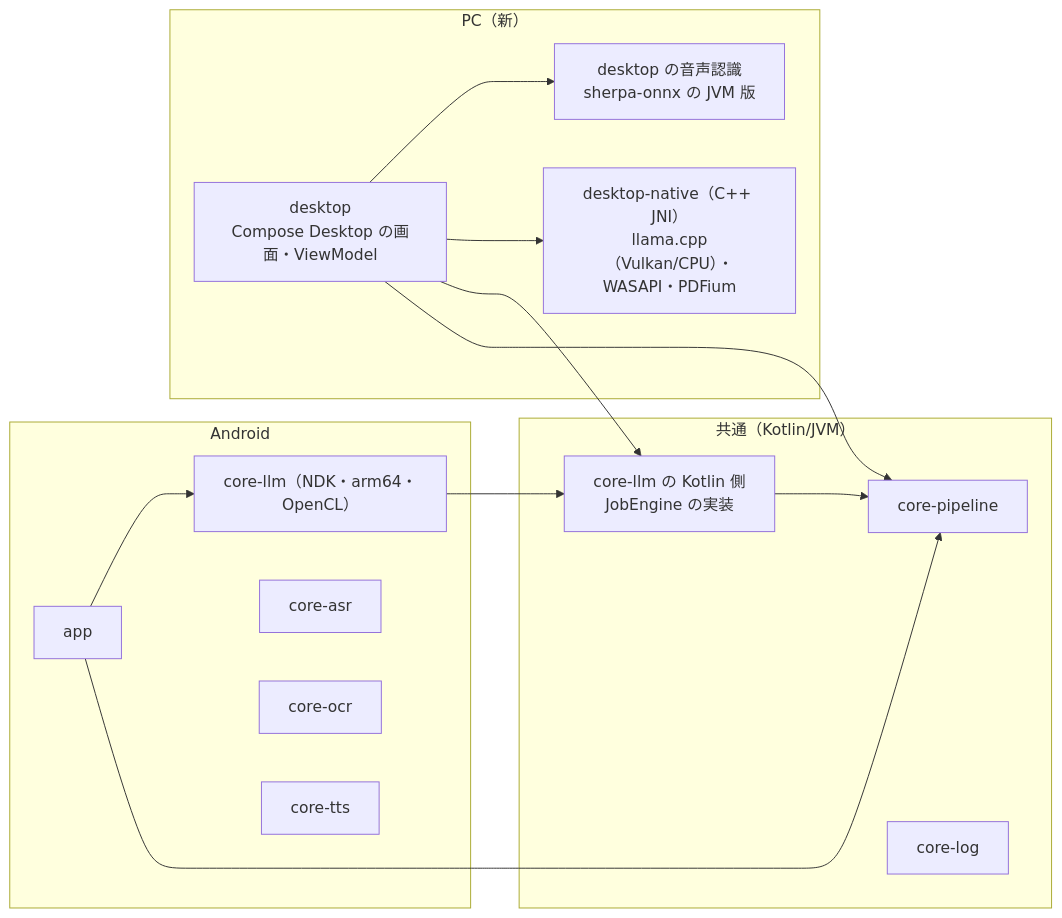
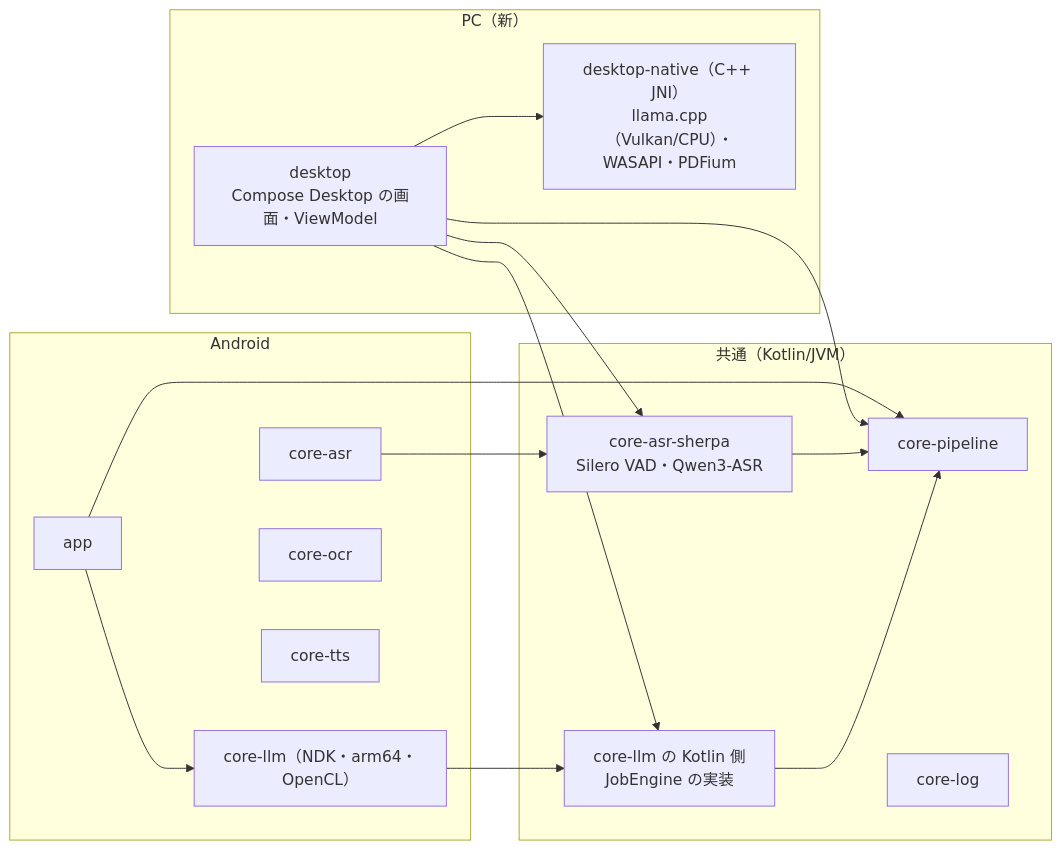
One commit to kagerouttepaso/PlamoTranslate changed the first of 2 diagrams in docs/作業中/PC版を足す計画.md. Above: the diagram before and after it, drawn with Mermaid. The commit also changed other lines of this file and 19 other files, not shown here.

````diff
--- a/docs/作業中/PC版を足す計画.md
+++ b/docs/作業中/PC版を足す計画.md
@@ -13,28 +13,30 @@
 ```mermaid
 flowchart LR
     subgraph 共通["共通（Kotlin/JVM）"]
         CP[core-pipeline]
         CL[core-log]
         LLMK["core-llm の Kotlin 側<br/>JobEngine の実装"]
+        SHERPA["core-asr-sherpa<br/>Silero VAD・Qwen3-ASR"]
     end
     subgraph Android
         APP[app]
         LLMA["core-llm（NDK・arm64・OpenCL）"]
         ASR[core-asr]
         OCR[core-ocr]
         TTS[core-tts]
     end
     subgraph PC["PC（新）"]
         DAPP["desktop<br/>Compose Desktop の画面・ViewModel"]
         DN["desktop-native（C++ JNI）<br/>llama.cpp（Vulkan/CPU）・WASAPI・PDFium"]
-        DASR["desktop の音声認識<br/>sherpa-onnx の JVM 版"]
     end
     APP --> CP
     APP --> LLMA
     LLMA --> LLMK
     DAPP --> CP
     DAPP --> LLMK
     DAPP --> DN
-    DAPP --> DASR
+    DAPP --> SHERPA
+    ASR --> SHERPA
+    SHERPA --> CP
     LLMK --> CP
 ```
````
